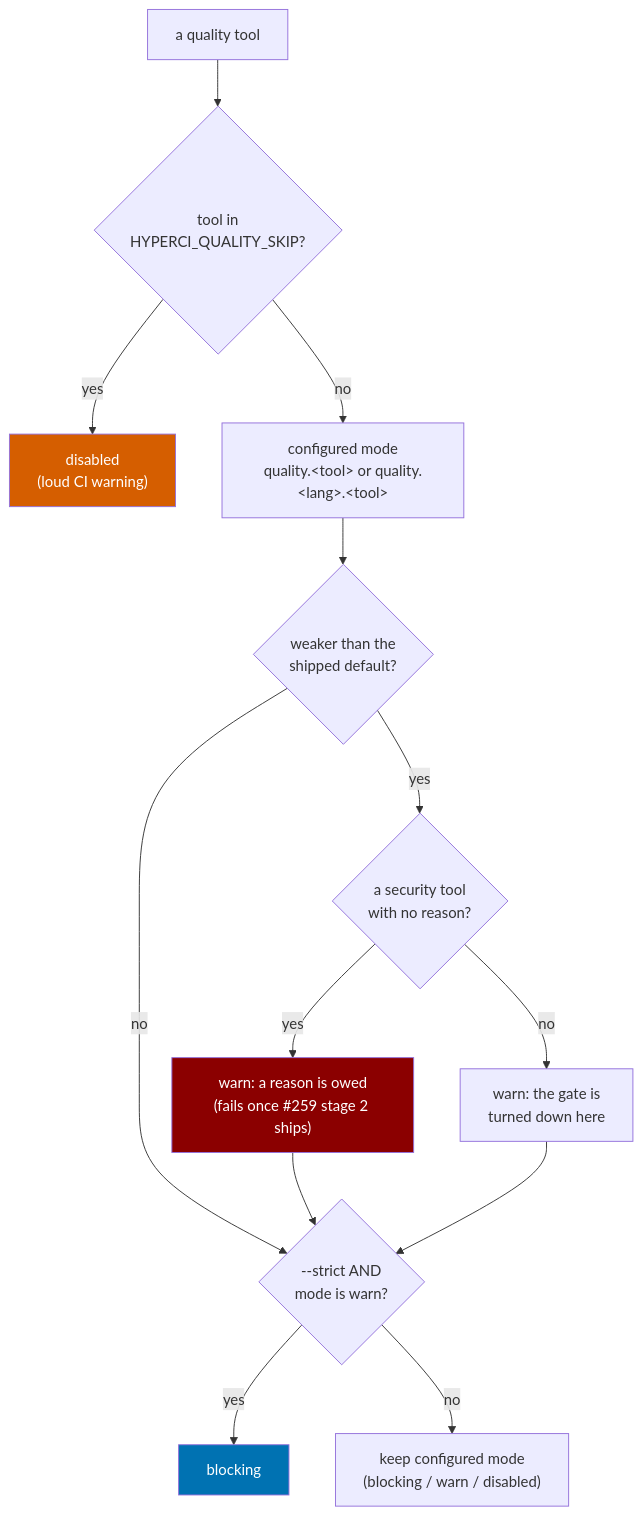
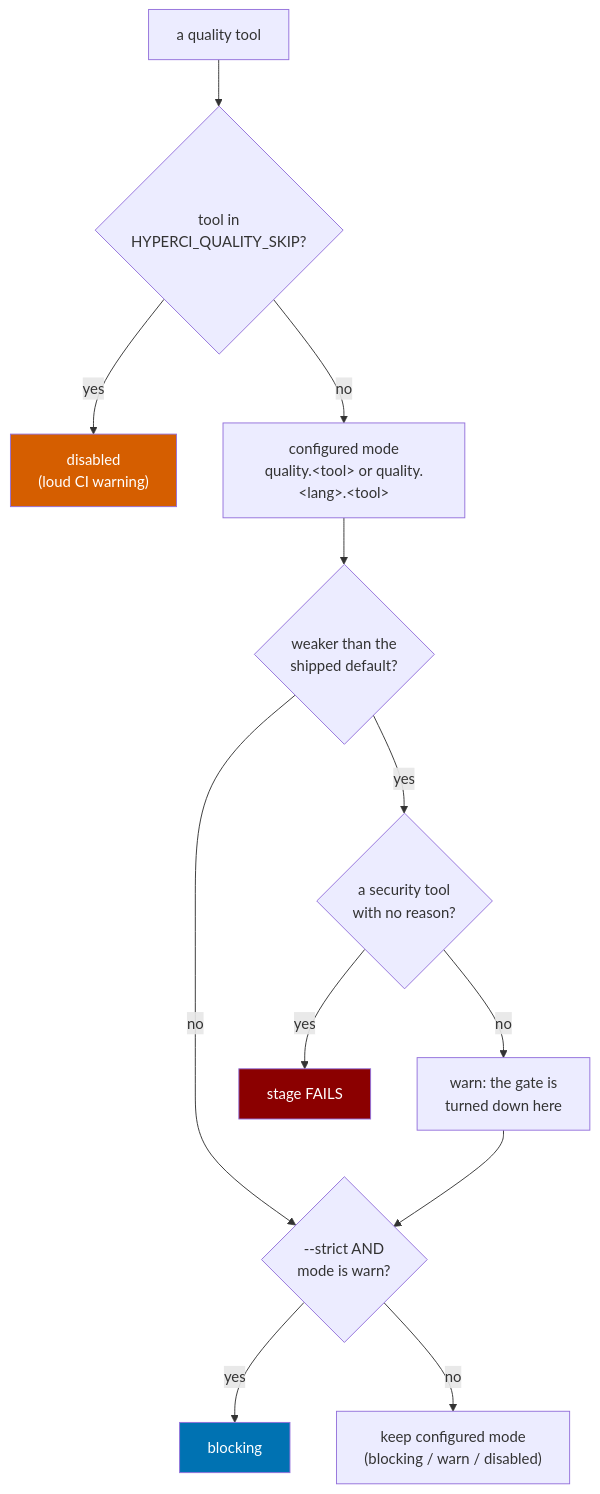
Before and after one commit to hyperi-io/hyperi-ci: the diagram in docs/quality-gate.md, drawn with Mermaid. The commit also changed other lines of this file and 9 other files, not shown here.

First line of the commit message:
sec(quality): fail a lowered security gate that gives no reason

````diff
--- a/docs/quality-gate.md
+++ b/docs/quality-gate.md
@@ -25,18 +25,17 @@
 ```mermaid
 flowchart TB
     T["a quality tool"] --> SK{"tool in<br/>HYPERCI_QUALITY_SKIP?"}
     SK -->|yes| D["disabled<br/>(loud CI warning)"]:::skip
     SK -->|no| M["configured mode<br/>quality.&lt;tool&gt; or quality.&lt;lang&gt;.&lt;tool&gt;"]
     M --> TD{"weaker than the<br/>shipped default?"}
     TD -->|no| ST
     TD -->|yes| SEC{"a security tool<br/>with no reason?"}
-    SEC -->|yes| F["warn: a reason is owed<br/>(fails once #259 stage 2 ships)"]:::fail
-    F --> ST
+    SEC -->|yes| F["stage FAILS"]:::fail
     SEC -->|no| W["warn: the gate is<br/>turned down here"] --> ST
     ST{"--strict AND<br/>mode is warn?"}
     ST -->|yes| B["blocking"]:::block
     ST -->|no| K["keep configured mode<br/>(blocking / warn / disabled)"]
     classDef skip fill:#D55E00,color:#fff
     classDef block fill:#0072B2,color:#fff
     classDef fail fill:#8B0000,color:#fff
 ```
````
